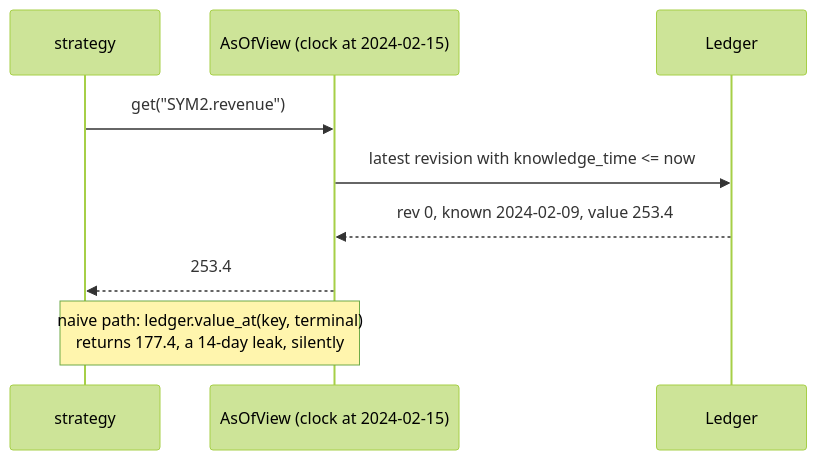
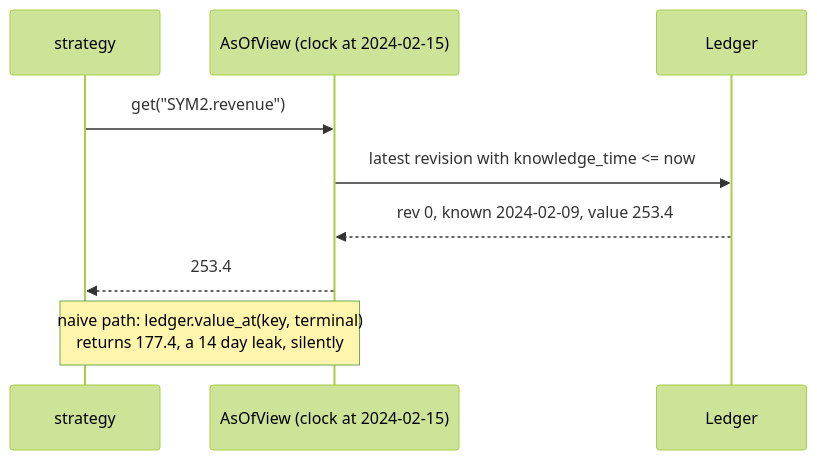
Before and after one commit to RXVEN-1907/nohindsight: the first of 5 diagrams in README.md, drawn with Mermaid (forest theme). The commit also changed other lines of this file and 38 other files, not shown here.

First line of the commit message:
hd graphics, video, and the readme as demo reel

````diff
--- a/README.md
+++ b/README.md
@@ -82,11 +78,11 @@
 ```mermaid
 sequenceDiagram
     participant S as strategy
     participant V as AsOfView (clock at 2024-02-15)
     participant L as Ledger
     S->>V: get("SYM2.revenue")
     V->>L: latest revision with knowledge_time <= now
     L-->>V: rev 0, known 2024-02-09, value 253.4
     V-->>S: 253.4
-    note over S,V: naive path: ledger.value_at(key, terminal)<br/>returns 177.4, a 14-day leak, silently
+    note over S,V: naive path: ledger.value_at(key, terminal)<br/>returns 177.4, a 14 day leak, silently
 ```
````
